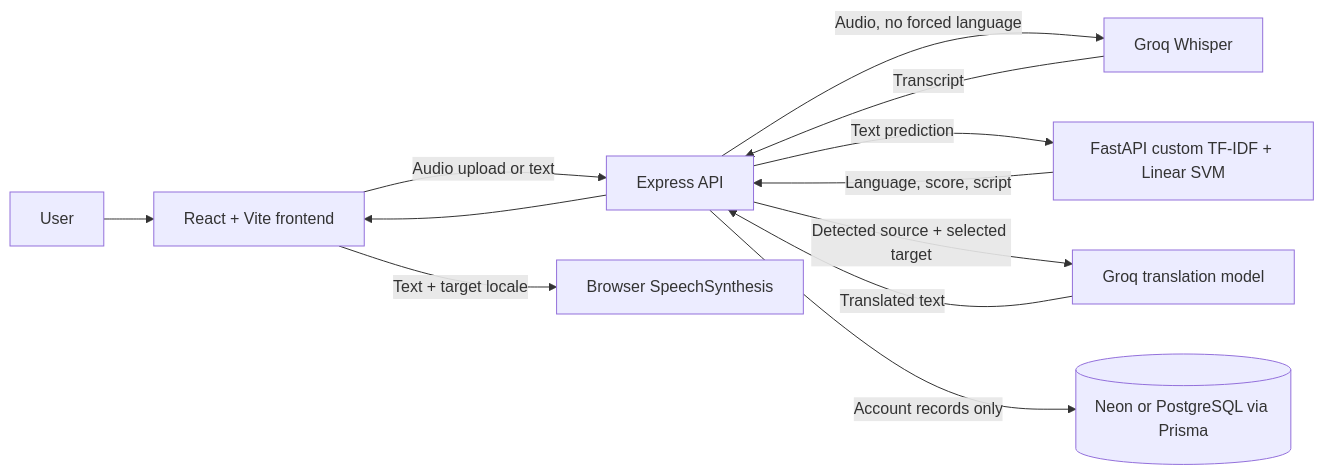
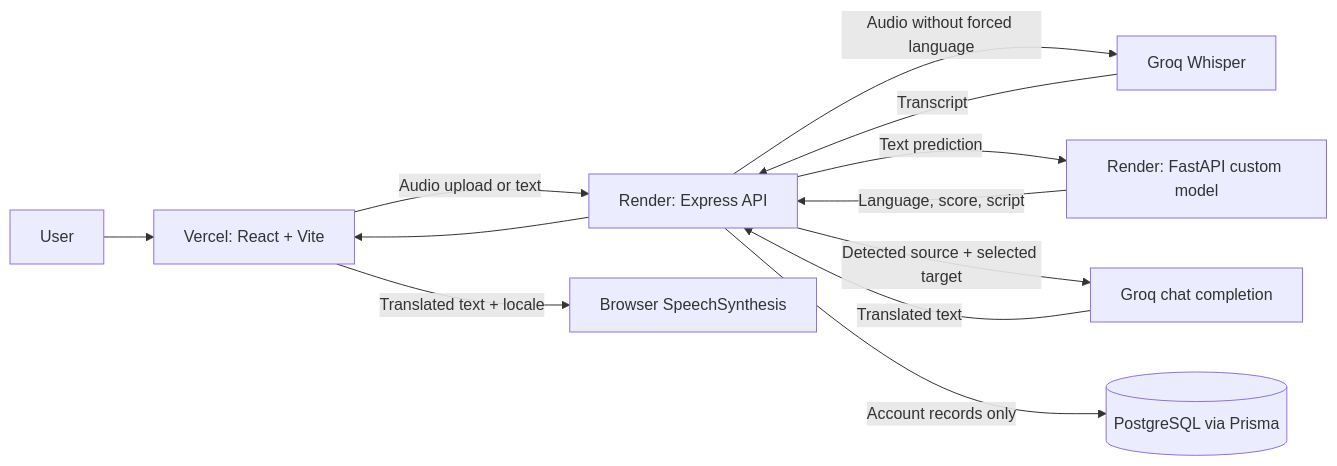
Before and after one commit to Khubaib-programmer/voice: the diagram in README.md, drawn with Mermaid. The commit also changed other lines of this file, not shown here.

````diff
--- a/README.md
+++ b/README.md
@@ -62,14 +91,14 @@
 ```mermaid
 flowchart LR
-  User[User] --> Web[React + Vite frontend]
-  Web -->|Audio upload or text| API[Express API]
-  API -->|Audio, no forced language| Whisper[Groq Whisper]
-  Whisper -->|Transcript| API
-  API -->|Text prediction| ML[FastAPI custom TF-IDF + Linear SVM]
+  User[User] --> Web[Vercel: React + Vite]
+  Web -->|Audio upload or text| API[Render: Express API]
+  API -->|Audio without forced language| STT[Groq Whisper]
+  STT -->|Transcript| API
+  API -->|Text prediction| ML[Render: FastAPI custom model]
   ML -->|Language, score, script| API
-  API -->|Detected source + selected target| LLM[Groq translation model]
-  LLM -->|Translated text| API
+  API -->|Detected source + selected target| Translation[Groq chat completion]
+  Translation -->|Translated text| API
   API --> Web
-  Web -->|Text + target locale| TTS[Browser SpeechSynthesis]
-  API -->|Account records only| DB[(Neon or PostgreSQL via Prisma)]
+  Web -->|Translated text + locale| TTS[Browser SpeechSynthesis]
+  API -->|Account records only| DB[(PostgreSQL via Prisma)]
 ```
````
